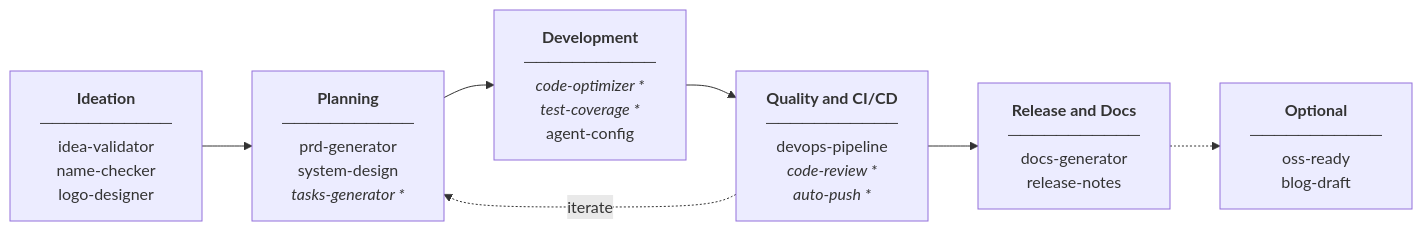
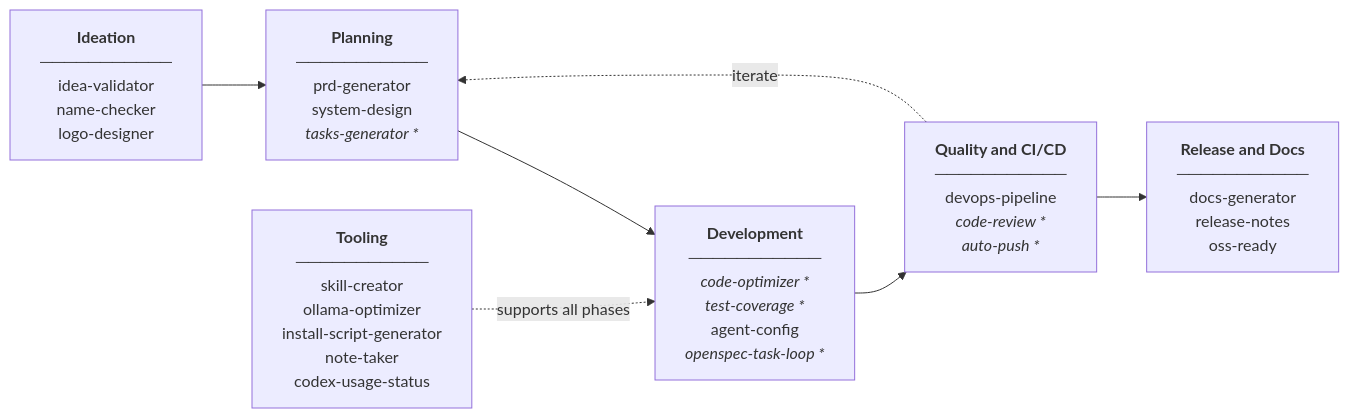
One commit to luongnv89/skills changed the diagram in README.md. Above: the diagram before and after it, drawn with Mermaid. The commit also changed other lines of this file, not shown here.

Commit message:
docs: update workflow diagram with new skills and remove blog-draft
Add openspec-task-loop, skill-creator, ollama-optimizer,
install-script-generator, note-taker, and codex-usage-status to the
workflow diagram. Move oss-ready into Release & Docs phase and replace
the Optional phase with a new Tooling phase.

````diff
--- a/README.md
+++ b/README.md
@@ -37,16 +37,16 @@
 ```mermaid
 flowchart LR
     IDEATION["<b>Ideation</b><br/>───────────<br/>idea-validator<br/>name-checker<br/>logo-designer"]
     PLANNING["<b>Planning</b><br/>───────────<br/>prd-generator<br/>system-design<br/><i>tasks-generator *</i>"]
-    DEVELOPMENT["<b>Development</b><br/>───────────<br/><i>code-optimizer *</i><br/><i>test-coverage *</i><br/>agent-config"]
+    DEVELOPMENT["<b>Development</b><br/>───────────<br/><i>code-optimizer *</i><br/><i>test-coverage *</i><br/>agent-config<br/><i>openspec-task-loop *</i>"]
     QUALITY["<b>Quality and CI/CD</b><br/>───────────<br/>devops-pipeline<br/><i>code-review *</i><br/><i>auto-push *</i>"]
-    RELEASE["<b>Release and Docs</b><br/>───────────<br/>docs-generator<br/>release-notes"]
-    OPTIONAL["<b>Optional</b><br/>───────────<br/>oss-ready<br/>blog-draft"]
+    RELEASE["<b>Release and Docs</b><br/>───────────<br/>docs-generator<br/>release-notes<br/>oss-ready"]
+    TOOLING["<b>Tooling</b><br/>───────────<br/>skill-creator<br/>ollama-optimizer<br/>install-script-generator<br/>note-taker<br/>codex-usage-status"]
 
     IDEATION --> PLANNING
     PLANNING --> DEVELOPMENT
     DEVELOPMENT --> QUALITY
     QUALITY --> RELEASE
     QUALITY -.->|iterate| PLANNING
-    RELEASE -.-> OPTIONAL
+    TOOLING -.->|supports all phases| DEVELOPMENT
 ```
````
